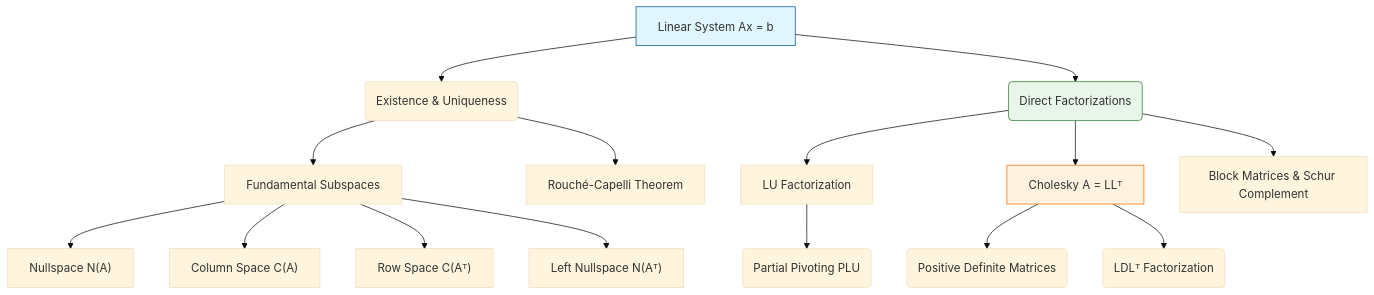
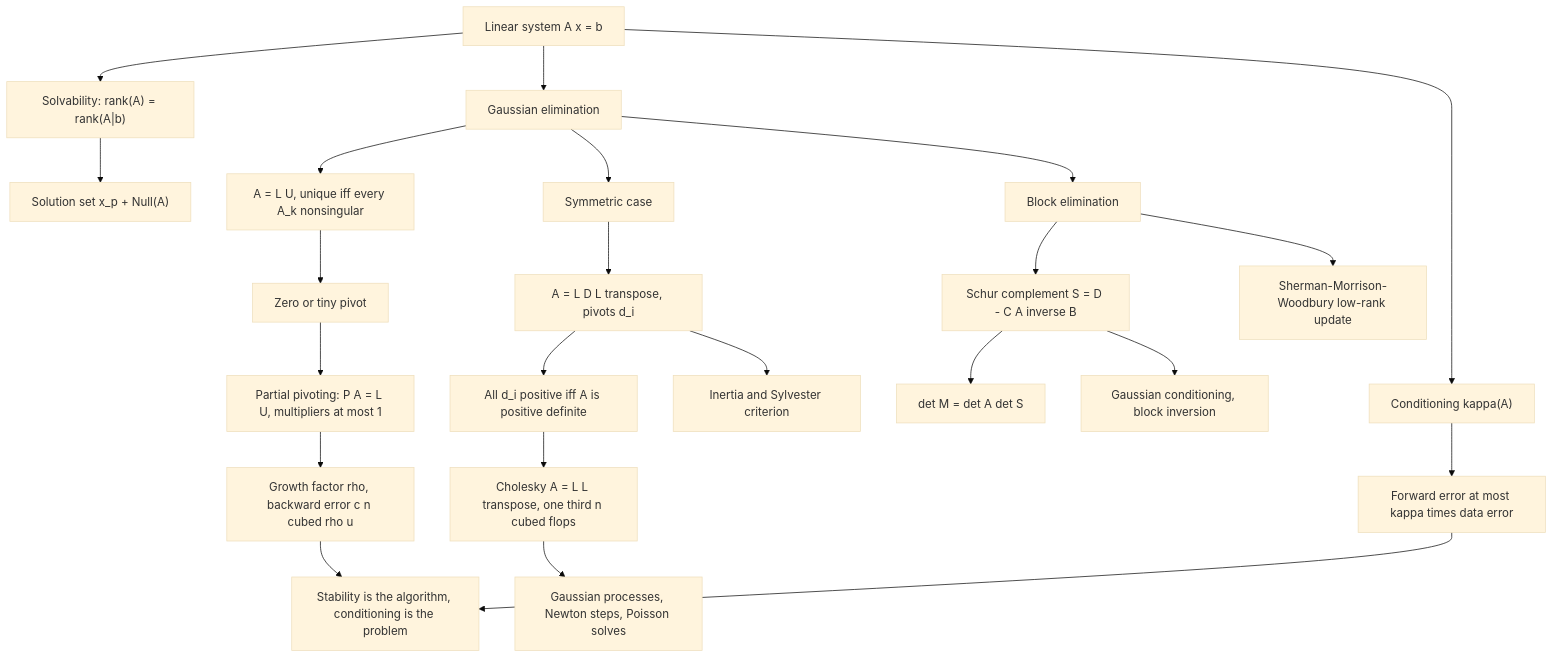
The diagram in linear_algebra/03_linear_systems_and_direct_factorizations/README.md (hien078/applied-mathematics-foundation), drawn with Mermaid (base theme) before and after one commit. The commit also changed other lines of this file and 150 other files, not shown here.

````diff
--- a/linear_algebra/03_linear_systems_and_direct_factorizations/README.md
+++ b/linear_algebra/03_linear_systems_and_direct_factorizations/README.md
@@ -33,25 +60,25 @@
 ```mermaid
 graph TD
-    A["Linear System Ax = b"] --> B("Existence & Uniqueness")
-    A --> C("Direct Factorizations")
-    
-    B --> D["Fundamental Subspaces"]
-    B --> E["Rouché-Capelli Theorem"]
-    D --> F["Nullspace N(A)"]
-    D --> G["Column Space C(A)"]
-    D --> H["Row Space C(Aᵀ)"]
-    D --> I["Left Nullspace N(Aᵀ)"]
-    
-    C --> J["LU Factorization"]
-    C --> K["Cholesky A = LLᵀ"]
-    
-    J --> L("Partial Pivoting PLU")
-    K --> M("Positive Definite Matrices")
-    K --> N("LDLᵀ Factorization")
-    
-    C --> O["Block Matrices & Schur Complement"]
-
-    style A fill:#e1f5fe,stroke:#01579b
-    style C fill:#e8f5e9,stroke:#2e7d32
-    style K fill:#fff3e0,stroke:#ef6c00
+    A["Linear system A x = b"] --> B["Solvability: rank(A) = rank(A|b)"]
+    B --> C["Solution set x_p + Null(A)"]
+    A --> D["Gaussian elimination"]
+    D --> E["A = L U, unique iff every A_k nonsingular"]
+    E --> F["Zero or tiny pivot"]
+    F --> G["Partial pivoting: P A = L U, multipliers at most 1"]
+    D --> H["Symmetric case"]
+    H --> I["A = L D L transpose, pivots d_i"]
+    I --> J["All d_i positive iff A is positive definite"]
+    J --> K["Cholesky A = L L transpose, one third n cubed flops"]
+    I --> L["Inertia and Sylvester criterion"]
+    D --> M["Block elimination"]
+    M --> N["Schur complement S = D - C A inverse B"]
+    N --> O["det M = det A det S"]
+    N --> P["Gaussian conditioning, block inversion"]
+    M --> Q["Sherman-Morrison-Woodbury low-rank update"]
+    A --> R["Conditioning kappa(A)"]
+    R --> S["Forward error at most kappa times data error"]
+    G --> T["Growth factor rho, backward error c n cubed rho u"]
+    T --> U["Stability is the algorithm, conditioning is the problem"]
+    S --> U
+    K --> V["Gaussian processes, Newton steps, Poisson solves"]
 ```
````
